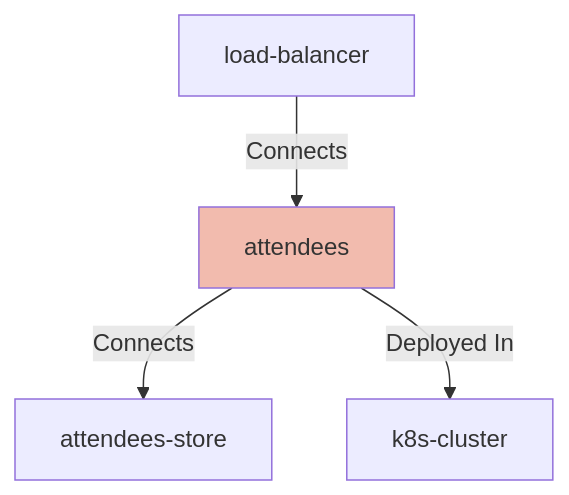
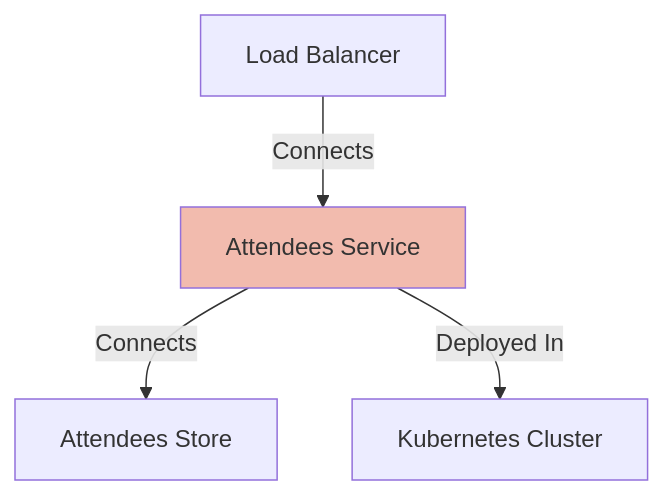
Before and after one commit to finos/architecture-as-code: the diagram in cli/test_fixtures/getting-started/STEP-2/website/docs/nodes/attendees.md, drawn with Mermaid. The commit also changed 61 other files, not shown here.

First line of the commit message:
fix(calm-widgets): resolve node names instead of raw ids in related-nodes diagrams (#2883)

````diff
--- a/cli/test_fixtures/getting-started/STEP-2/website/docs/nodes/attendees.md
+++ b/cli/test_fixtures/getting-started/STEP-2/website/docs/nodes/attendees.md
@@ -61,8 +61,8 @@
 ```mermaid
 graph TD;
-attendees[attendees]:::highlight;
-load-balancer -- Connects --> attendees;
-attendees -- Connects --> attendees-store;
-attendees -- Deployed In --> k8s-cluster;
+attendees[Attendees Service]:::highlight;
+load-balancer[Load Balancer] -- Connects --> attendees[Attendees Service];
+attendees[Attendees Service] -- Connects --> attendees-store[Attendees Store];
+attendees[Attendees Service] -- Deployed In --> k8s-cluster[Kubernetes Cluster];
 classDef highlight fill:#f2bbae;
 ```
````
